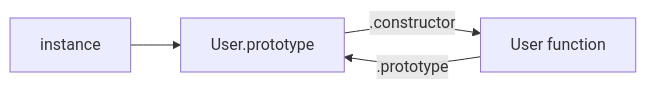
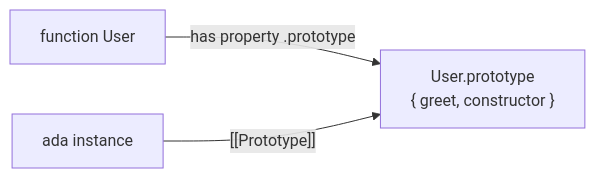
The fifth of 7 diagrams in docs/javascript/07-prototype.md (prajjwaljogdand/FullstackPreparation), drawn with Mermaid before and after one commit. The commit also changed other lines of this file and 91 other files, not shown here.

````diff
--- a/docs/javascript/07-prototype.md
+++ b/docs/javascript/07-prototype.md
@@ -82,6 +319,5 @@
 ```mermaid
 flowchart LR
-  u["instance"] --> UP["User.prototype"]
-  UserFn["User function"] -->|" .prototype "| UP
-  UP -->|" .constructor "| UserFn
+  UserFn["function User"] -->|"has property .prototype"| Proto["User.prototype\n{ greet, constructor }"]
+  Ada["ada instance"] -->|"[[Prototype]]"| Proto
 ```
````
